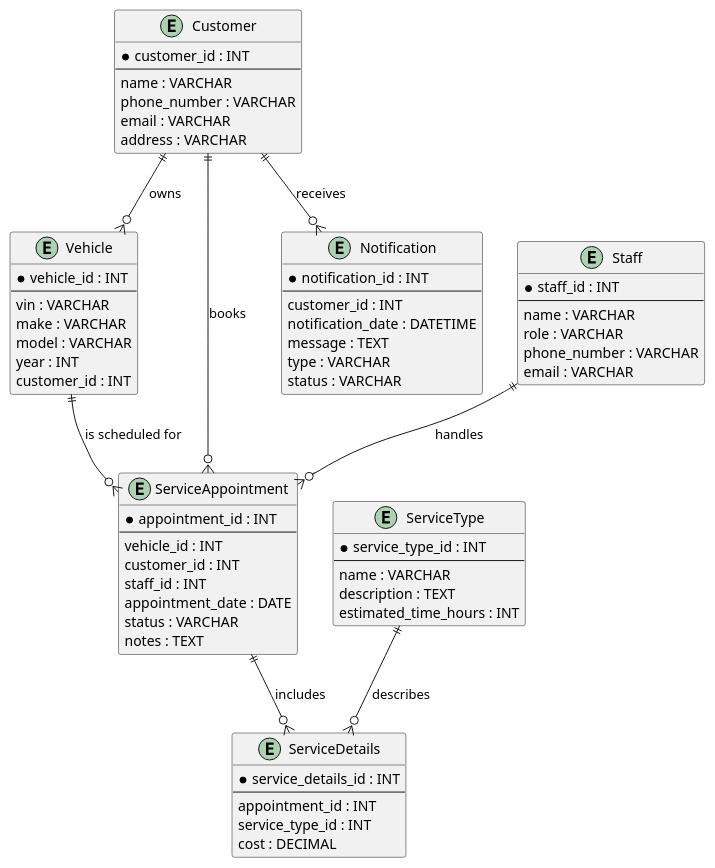
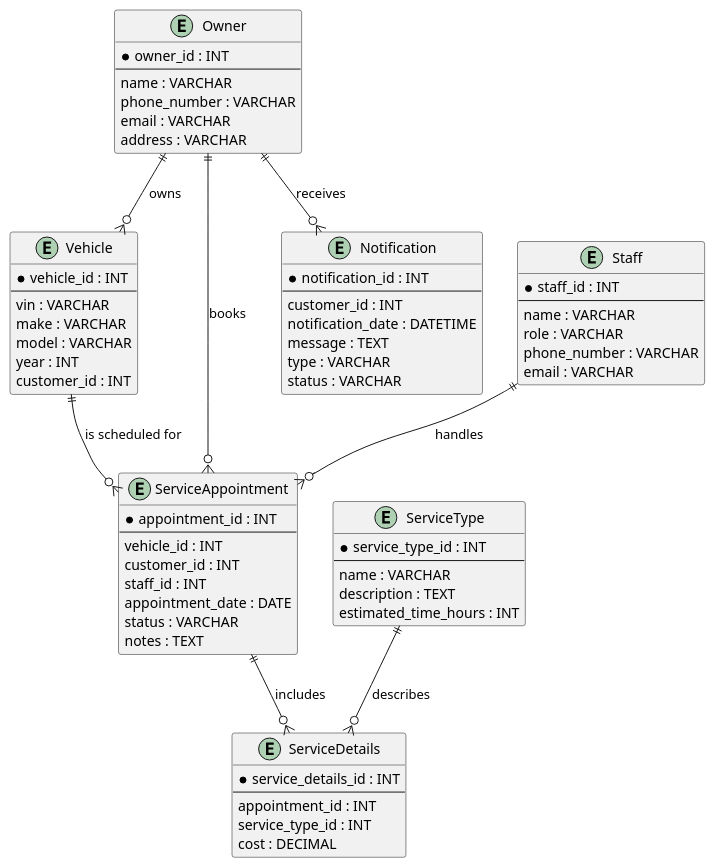
Before and after one commit to ch88251/carclinic: the diagram in design/database-er-diagram.puml, drawn with PlantUML. The commit also changed 3 other files, not shown here.

```diff
--- a/design/database-er-diagram.puml
+++ b/design/database-er-diagram.puml
@@ -1,76 +1,76 @@
 @startuml
 
-entity "Customer" {
-    *customer_id : INT
+entity "Owner" {
+    *owner_id : INT
     --
     name : VARCHAR
     phone_number : VARCHAR
     email : VARCHAR
     address : VARCHAR
 }
 
 entity "Vehicle" {
     *vehicle_id : INT
     --
     vin : VARCHAR
     make : VARCHAR
     model : VARCHAR
     year : INT
     customer_id : INT
 }
 
 entity "Staff" {
     *staff_id : INT
     --
     name : VARCHAR
     role : VARCHAR
     phone_number : VARCHAR
     email : VARCHAR
 }
 
 entity "ServiceAppointment" {
     *appointment_id : INT
     --
     vehicle_id : INT
     customer_id : INT
     staff_id : INT
     appointment_date : DATE
     status : VARCHAR
     notes : TEXT
 }
 
 entity "ServiceType" {
     *service_type_id : INT
     --
     name : VARCHAR
     description : TEXT
     estimated_time_hours : INT
 }
 
 entity "ServiceDetails" {
     *service_details_id : INT
     --
     appointment_id : INT
     service_type_id : INT
     cost : DECIMAL
 }
 
 entity "Notification" {
     *notification_id : INT
     --
     customer_id : INT
     notification_date : DATETIME
     message : TEXT
     type : VARCHAR
     status : VARCHAR
 }
 
-Customer ||--o{ Vehicle : "owns"
-Customer ||--o{ ServiceAppointment : "books"
+Owner ||--o{ Vehicle : "owns"
+Owner ||--o{ ServiceAppointment : "books"
 Vehicle ||--o{ ServiceAppointment : "is scheduled for"
 Staff ||--o{ ServiceAppointment : "handles"
 ServiceAppointment ||--o{ ServiceDetails : "includes"
 ServiceType ||--o{ ServiceDetails : "describes"
-Customer ||--o{ Notification : "receives"
+Owner ||--o{ Notification : "receives"
 
 @enduml
```
